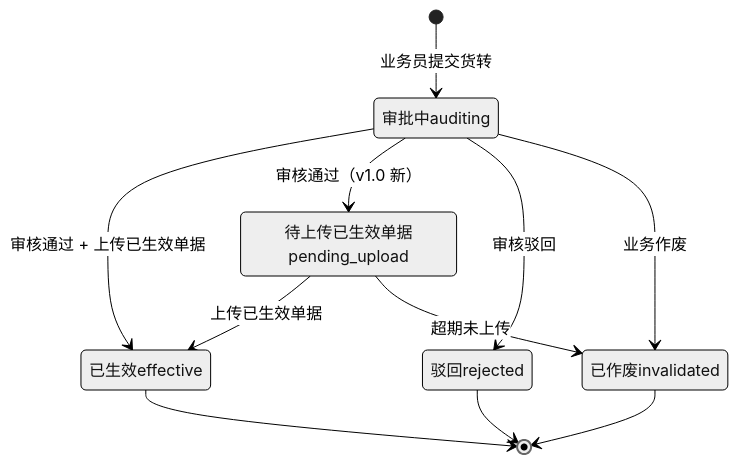
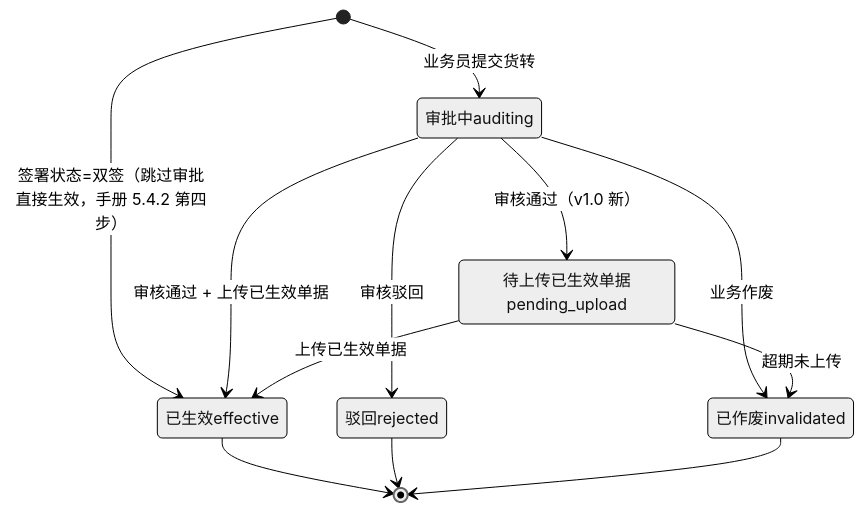
Before and after one commit to Ummyue/gyt-admin: the fifth of 5 diagrams in docs-v2/02.07-货转管理.md, drawn with Mermaid (neutral theme). The commit also changed other lines of this file and 40 other files, not shown here.

````diff
--- a/docs-v2/02.07-货转管理.md
+++ b/docs-v2/02.07-货转管理.md
@@ -433,15 +451,16 @@
 ```mermaid
 stateDiagram-v2
     [*] --> 审批中auditing: 业务员提交货转
+    [*] --> 已生效effective: 签署状态=双签（跳过审批直接生效，手册 5.4.2 第四步）
     审批中auditing --> 已生效effective: 审核通过 + 上传已生效单据
     审批中auditing --> 待上传已生效单据pending_upload: 审核通过（v1.0 新）
     审批中auditing --> 驳回rejected: 审核驳回
     审批中auditing --> 已作废invalidated: 业务作废
     
     待上传已生效单据pending_upload --> 已生效effective: 上传已生效单据
     待上传已生效单据pending_upload --> 已作废invalidated: 超期未上传
     
     已生效effective --> [*]
     驳回rejected --> [*]
     已作废invalidated --> [*]
 ```
````
